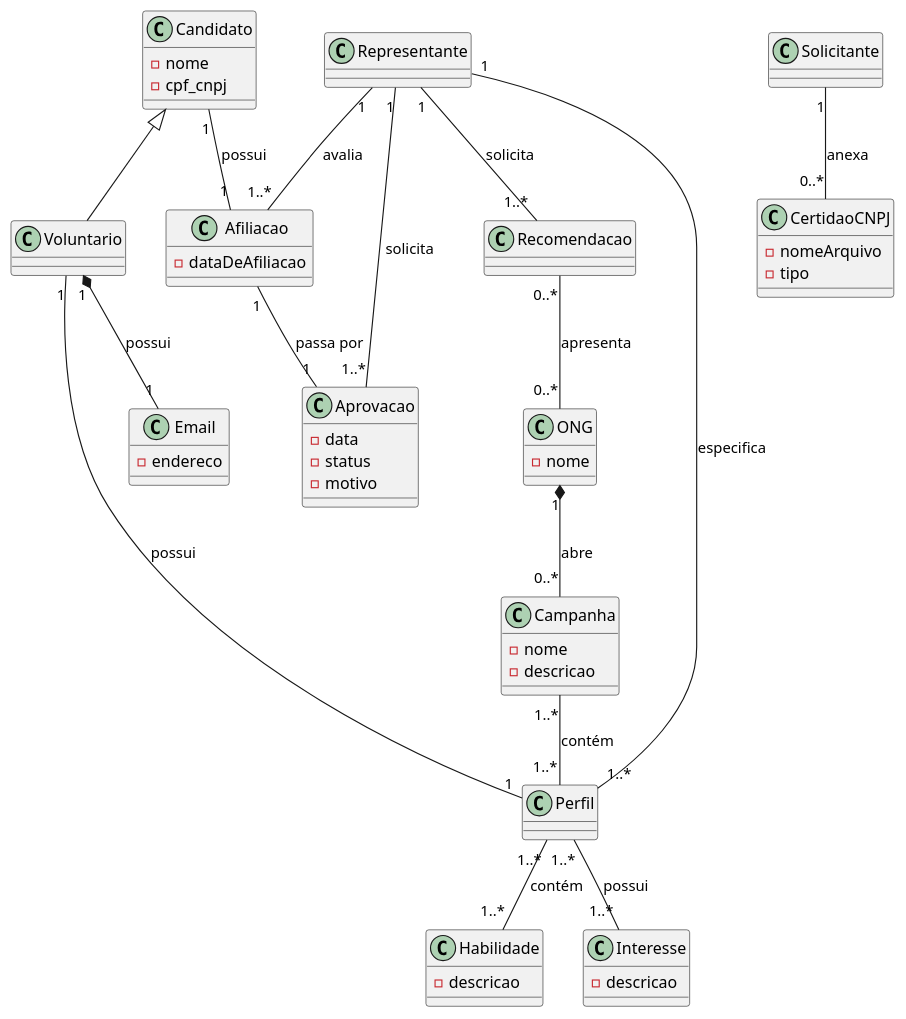
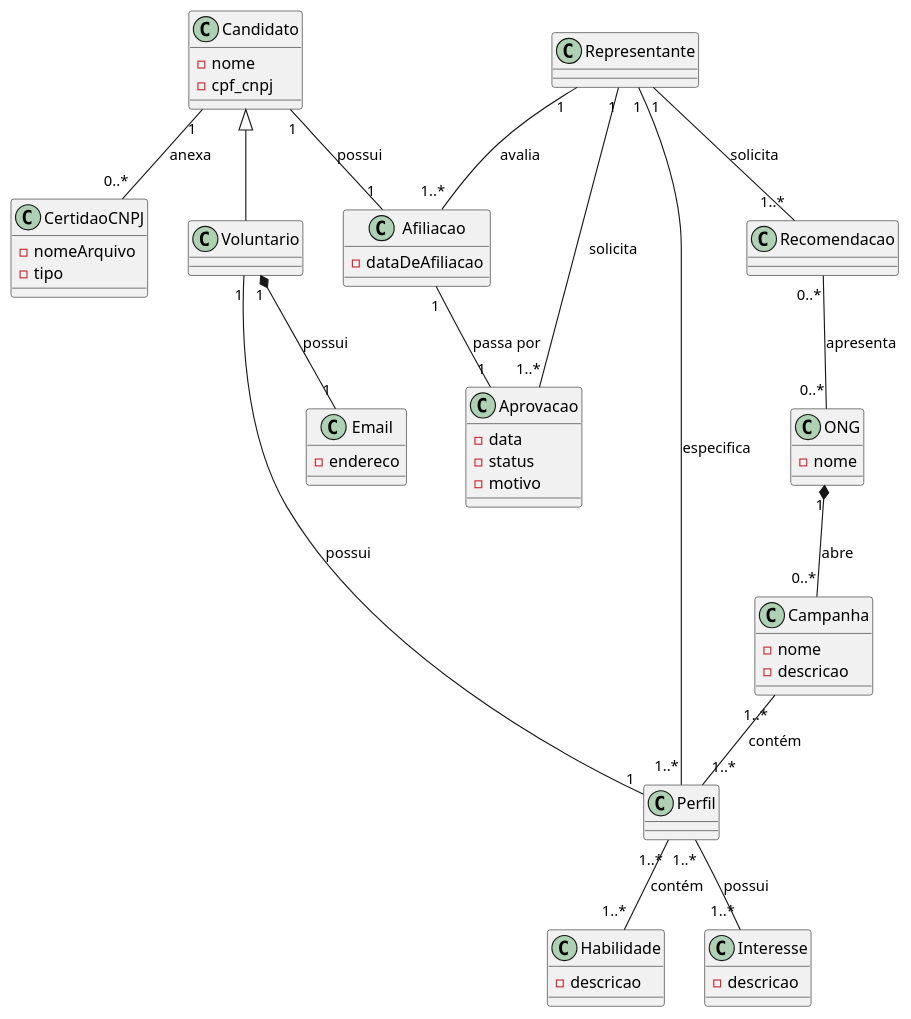
The diagram in diagrama-de-classes-dominio/img/uc003/diagrama-de-classes-dominio.puml (guisgiacomini/redeMaisSocialProjetoSoftware), drawn with PlantUML before and after one commit.

```diff
--- a/diagrama-de-classes-dominio/img/uc003/diagrama-de-classes-dominio.puml
+++ b/diagrama-de-classes-dominio/img/uc003/diagrama-de-classes-dominio.puml
@@ -1,80 +1,80 @@
 @startuml
 class Candidato {
     -nome
     -cpf_cnpj
 }
 
 class ONG { 
     -nome
 }
 
 class Voluntario extends Candidato {
 
 }
 
 class Campanha {
     -nome
     -descricao
 }
 
 class Afiliacao {
     -dataDeAfiliacao
 }
 
 class Perfil {
 
 }
 
 class Habilidade {
     -descricao
 }
 
 class Interesse {
     -descricao
 }
 
 class Representante {
     
 }
 
 class Email {
     -endereco
 }
 
 class Recomendacao {
 
 }
 
 class Aprovacao {
     -data
     -status
     -motivo
 }
 
 class CertidaoCNPJ {
     -nomeArquivo
     -tipo
 }
 
 Perfil "1..*" -- "1..*" Habilidade: contém
 Perfil "1..*" -- "1..*" Interesse: possui
 
 Candidato "1" -- "1" Afiliacao: possui
-Solicitante "1" -- "0..*" CertidaoCNPJ: anexa
+Candidato "1" -- "0..*" CertidaoCNPJ: anexa
 
 Voluntario "1" -- "1" Perfil: possui
 Voluntario "1" *-- "1" Email: possui
 
 ONG "1" *-- "0..*" Campanha: abre
 Campanha "1..*" -- "1..*" Perfil: contém
 
 Representante "1" -- "1..*" Afiliacao: avalia
 Representante "1" -- "1..*" Aprovacao: solicita
 Representante "1" -- "1..*" Perfil: especifica
 Representante "1" -- "1..*" Recomendacao: solicita
 
 Recomendacao "0..*" -- "0..*" ONG: apresenta
 
 Afiliacao "1" -- "1" Aprovacao : "passa por"
 
 @enduml
```
